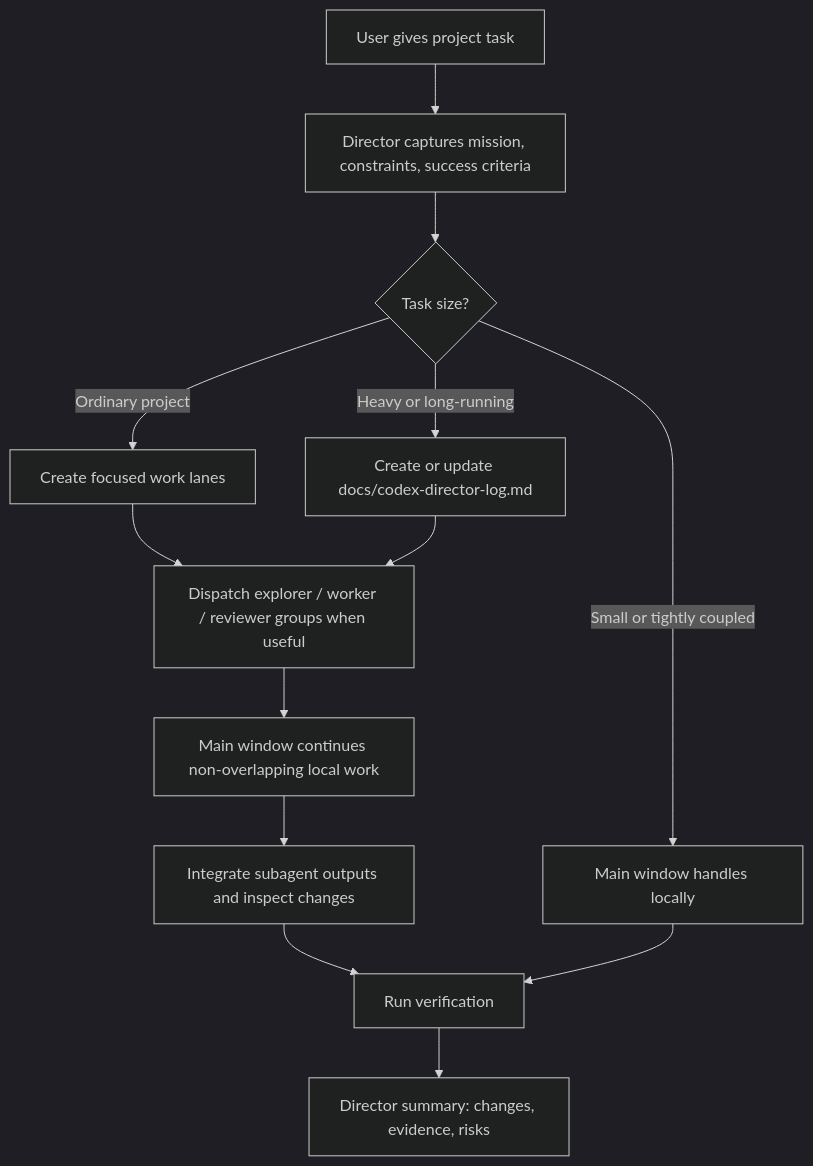
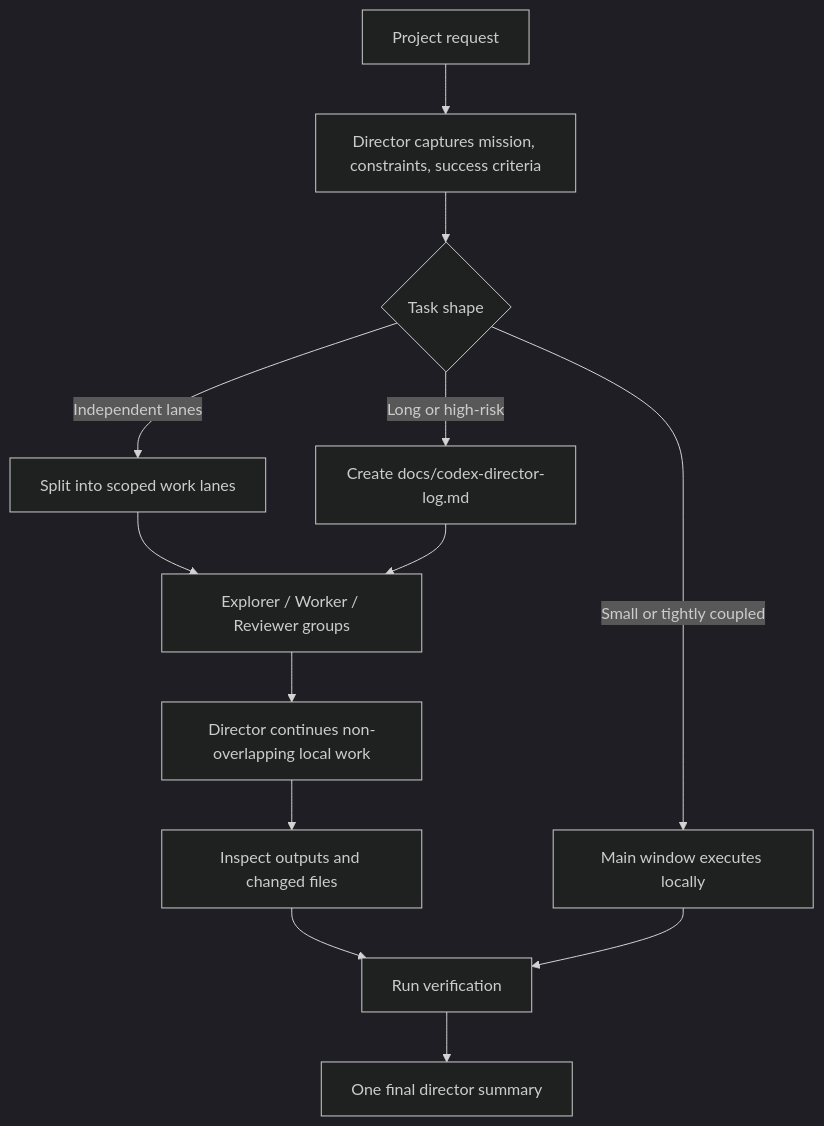
One commit to iannoahleads-cyber/project-director-skill changed the diagram in README.md. Above: the diagram before and after it, drawn with Mermaid (dark theme). The commit also changed other lines of this file, not shown here.

````diff
--- a/README.md
+++ b/README.md
@@ -55,15 +35,15 @@
 ```mermaid
 flowchart TD
-    A["User gives project task"] --> B["Director captures mission, constraints, success criteria"]
-    B --> C{"Task size?"}
-    C -->|Small or tightly coupled| D["Main window handles locally"]
-    C -->|Ordinary project| E["Create focused work lanes"]
-    C -->|Heavy or long-running| F["Create or update docs/codex-director-log.md"]
-    E --> G["Dispatch explorer / worker / reviewer groups when useful"]
+    A["Project request"] --> B["Director captures mission, constraints, success criteria"]
+    B --> C{"Task shape"}
+    C -->|Small or tightly coupled| D["Main window executes locally"]
+    C -->|Independent lanes| E["Split into scoped work lanes"]
+    C -->|Long or high-risk| F["Create docs/codex-director-log.md"]
+    E --> G["Explorer / Worker / Reviewer groups"]
     F --> G
-    G --> H["Main window continues non-overlapping local work"]
-    H --> I["Integrate subagent outputs and inspect changes"]
+    G --> H["Director continues non-overlapping local work"]
+    H --> I["Inspect outputs and changed files"]
     I --> J["Run verification"]
-    J --> K["Director summary: changes, evidence, risks"]
+    J --> K["One final director summary"]
     D --> J
 ```
````
